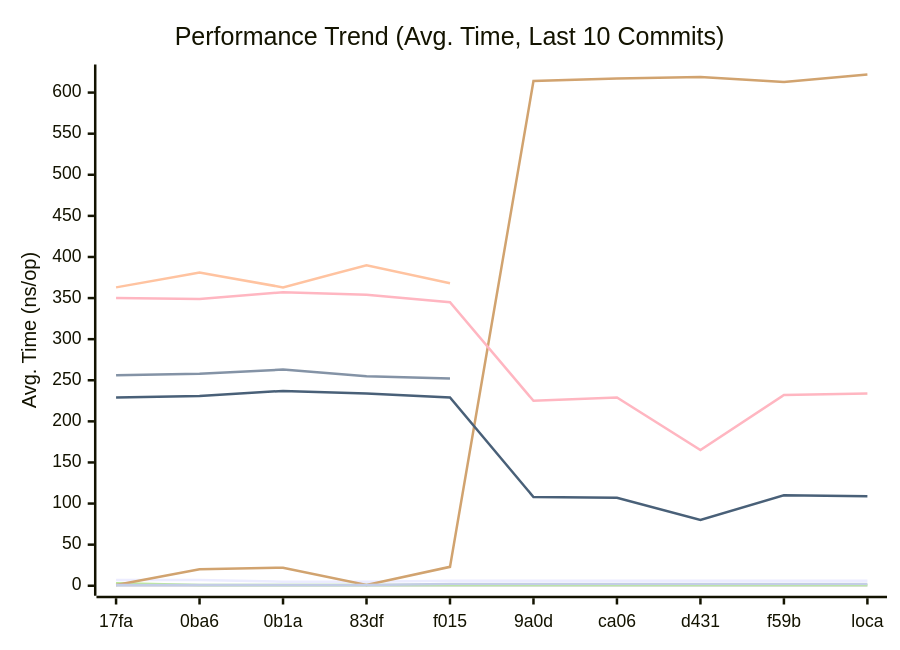
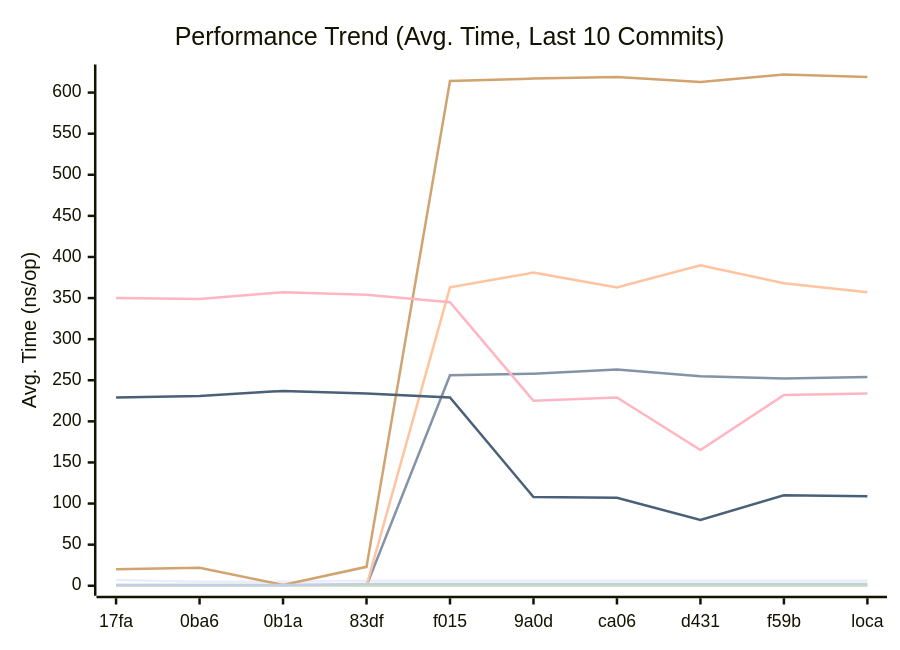
The first of 3 diagrams in docs/PERFORMANCE.md (alsotoes/momo), drawn with Mermaid before and after one commit. The commit also changed other lines of this file and 2 other files, not shown here.

Commit message:
fix(wire): pad recently added benchmarks and update legend table descriptions

````diff
--- a/docs/PERFORMANCE.md
+++ b/docs/PERFORMANCE.md
@@ -78,16 +80,16 @@
 ```mermaid
 xychart-beta
     title "Performance Trend (Avg. Time, Last 10 Commits)"
     x-axis "Commit"
     y-axis "Avg. Time (ns/op)"
     x-axis [17fa,0ba6,0b1a,83df,f015,9a0d,ca06,d431,f59b,loca]
-    line "CheckMetricsAndSwap" [7,7,5,5,6,6,6,6,6,6]
-    line "CrushOptimized" [256,258,263,255,252]
-    line "CrushOriginal" [363,381,363,390,368]
+    line "CheckMetricsAndSwap" [7,5,5,6,6,6,6,6,6,6]
+    line "CrushOptimized" [0,0,0,0,256,258,263,255,252,254]
+    line "CrushOriginal" [0,0,0,0,363,381,363,390,368,357]
     line "IndexDirectTracking" [0,0,0,0,0,0,0,0,0,0]
-    line "IndexSearch" [3,1,1,1,1,1,1,1,1,1]
-    line "LoadGlobalConfig" [1,20,22,1,23,614,617,619,613,622]
-    line "PadString" [1,1,1,1,2,2,2,2,2,2]
+    line "IndexSearch" [1,1,1,1,1,1,1,1,1,1]
+    line "LoadGlobalConfig" [20,22,1,23,614,617,619,613,622,619]
+    line "PadString" [1,1,1,2,2,2,2,2,2,2]
     line "ParseReplicationOrder_NoPrealloc" [350,349,357,354,345,225,229,165,232,234]
     line "ParseReplicationOrder_Prealloc" [229,231,237,234,229,108,107,80,110,109]
 ```
````
